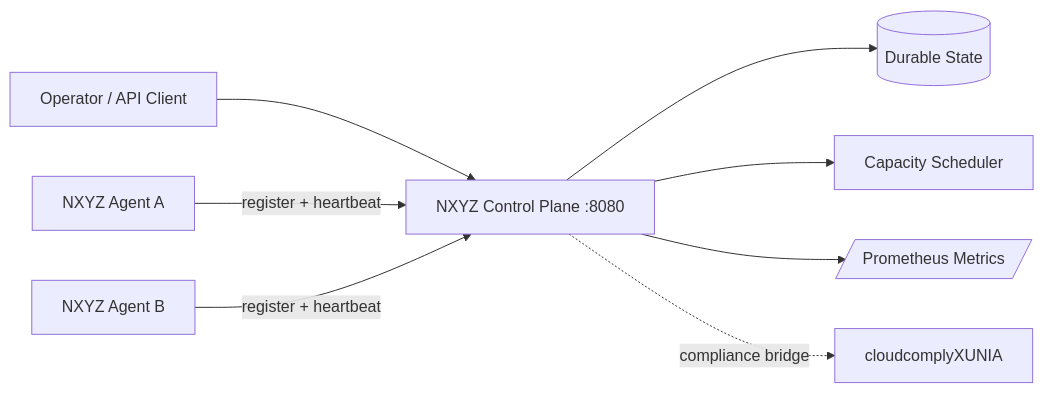
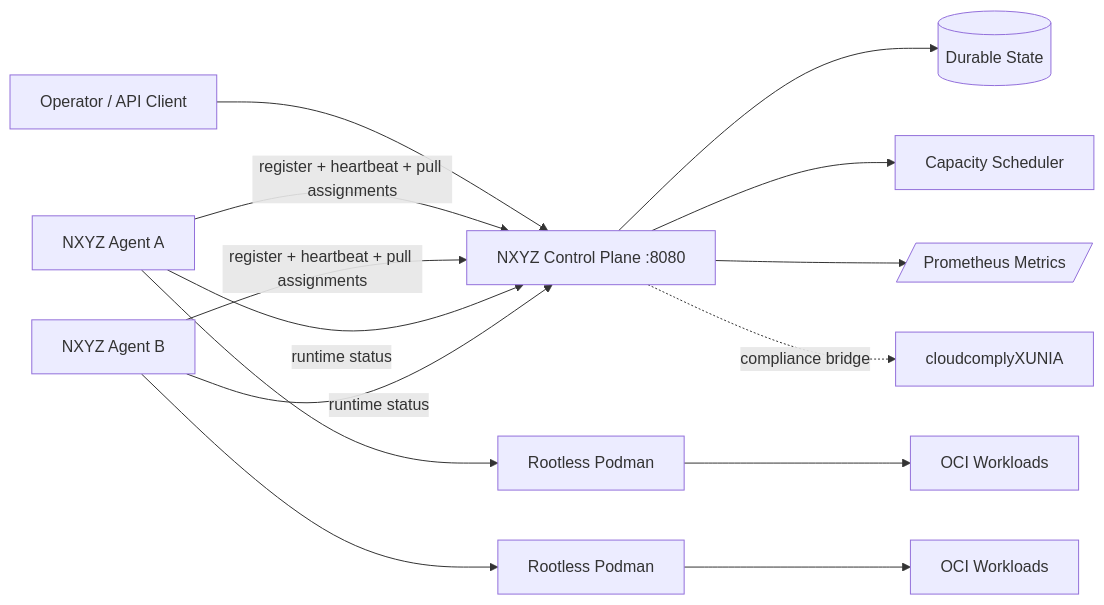
Before and after one commit to sonoxo/cloudcomplyXUNIA: the diagram in nxyz-cloud/README.md, drawn with Mermaid. The commit also changed other lines of this file and 8 other files, not shown here.

First line of the commit message:
NXYZ Cloud v0.2 — free rootless OCI execution

````diff
--- a/nxyz-cloud/README.md
+++ b/nxyz-cloud/README.md
@@ -46,10 +113,16 @@
 ```mermaid
 flowchart LR
     U[Operator / API Client] --> C[NXYZ Control Plane :8080]
     C --> S[(Durable State)]
-    A1[NXYZ Agent A] -->|register + heartbeat| C
-    A2[NXYZ Agent B] -->|register + heartbeat| C
+    A1[NXYZ Agent A] -->|register + heartbeat + pull assignments| C
+    A2[NXYZ Agent B] -->|register + heartbeat + pull assignments| C
     C --> SCH[Capacity Scheduler]
+    A1 --> P1[Rootless Podman]
+    A2 --> P2[Rootless Podman]
+    P1 --> OCI1[OCI Workloads]
+    P2 --> OCI2[OCI Workloads]
+    A1 -->|runtime status| C
+    A2 -->|runtime status| C
     C --> M[/Prometheus Metrics/]
     C -. compliance bridge .-> CC[cloudcomplyXUNIA]
 ```
````
